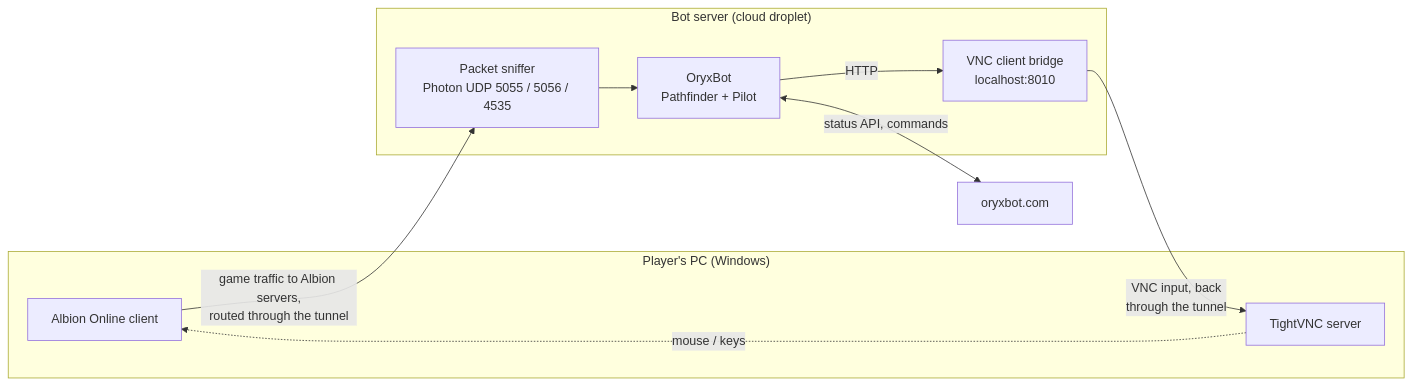
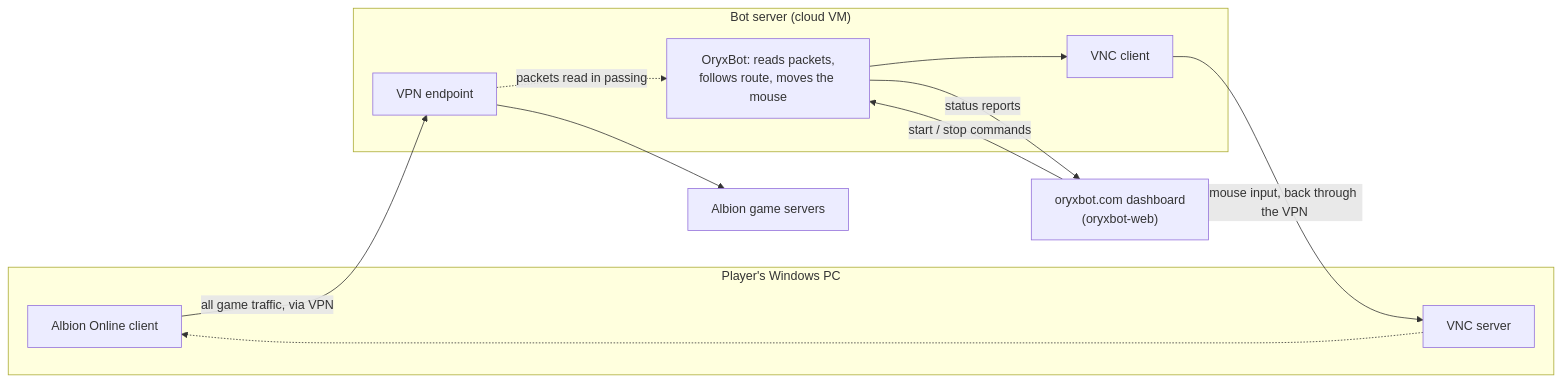
The diagram in README.md (kpolicar/oryxbot), drawn with Mermaid before and after one commit. The commit also changed other lines of this file, not shown here.

````diff
--- a/README.md
+++ b/README.md
@@ -19,18 +19,19 @@
 ```mermaid
 flowchart LR
-    subgraph PC["Player's PC (Windows)"]
+    subgraph PC["Player's Windows PC"]
         Game["Albion Online client"]
-        VNCS["TightVNC server"]
+        VNCS["VNC server"]
     end
-    subgraph Cloud["Bot server (cloud droplet)"]
-        Sniff["Packet sniffer<br/>Photon UDP 5055 / 5056 / 4535"]
-        Bot["OryxBot<br/>Pathfinder + Pilot"]
-        Bridge["VNC client bridge<br/>localhost:8010"]
+    subgraph VM["Bot server (cloud VM)"]
+        Tunnel["VPN endpoint"]
+        Bot["OryxBot: reads packets,<br/>follows route, moves the mouse"]
+        VNCC["VNC client"]
     end
-    Game -- "game traffic to Albion servers,<br/>routed through the tunnel" --> Sniff
-    Sniff --> Bot
-    Bot -- "HTTP" --> Bridge
-    Bridge -- "VNC input, back<br/>through the tunnel" --> VNCS
-    VNCS -. "mouse / keys" .-> Game
-    Bot <-->|"status API, commands"| Web["oryxbot.com"]
+    Albion["Albion game servers"]
+    Web["oryxbot.com dashboard<br/>(oryxbot-web)"]
+    Game -- "all game traffic, via VPN" --> Tunnel --> Albion
+    Tunnel -. "packets read in passing" .-> Bot
+    Bot --> VNCC -- "mouse input, back through the VPN" --> VNCS -.-> Game
+    Bot -- "status reports" --> Web
+    Web -- "start / stop commands" --> Bot
 ```
````
